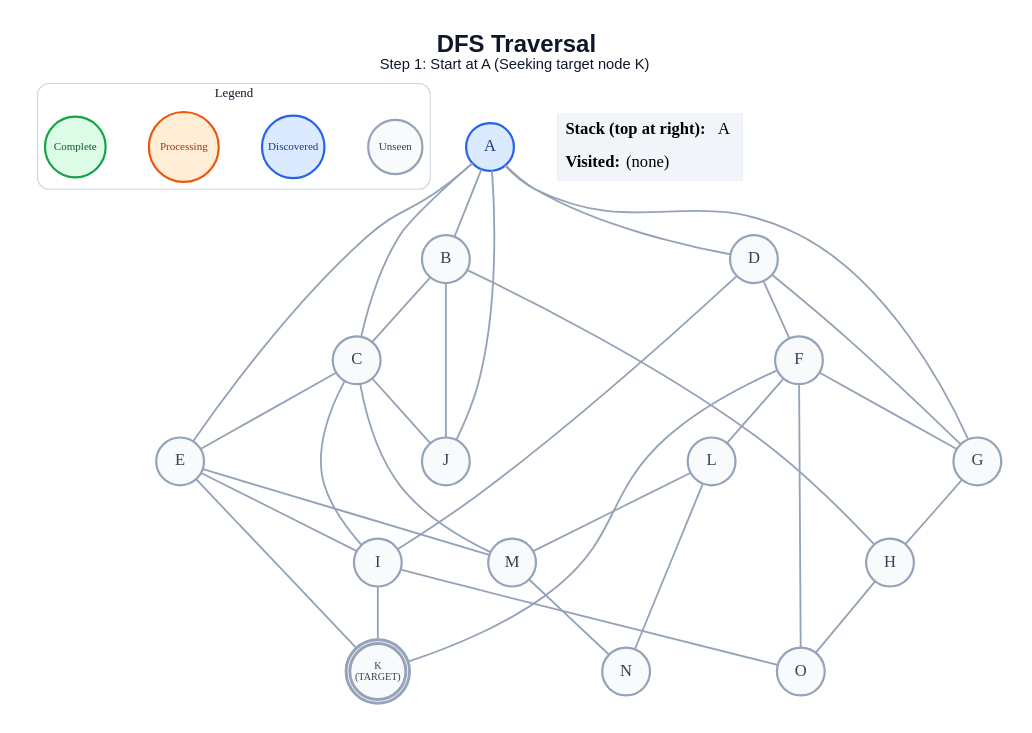
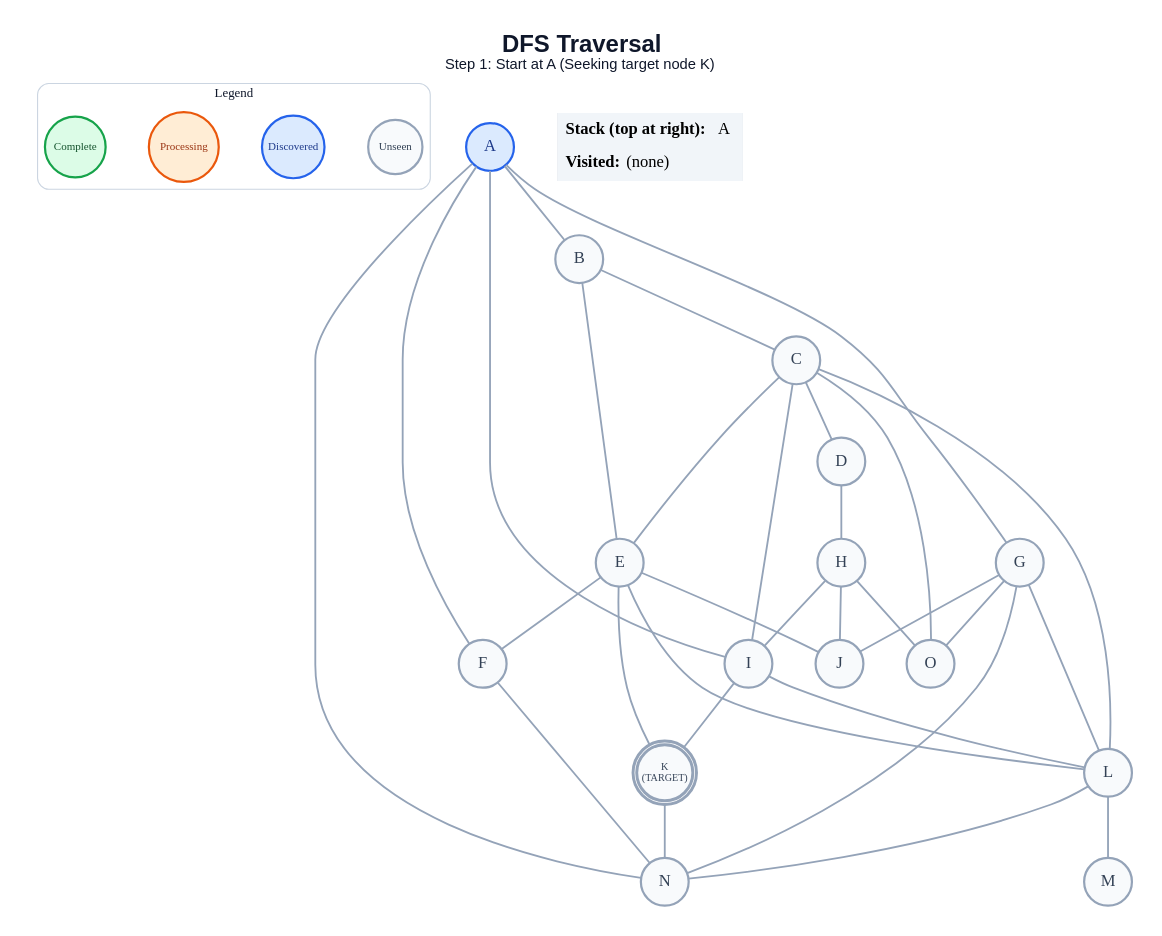
The diagram in generated/dfs/step_01.dot (anon7238593-create/ai-slop), drawn with Graphviz before and after one commit. The commit also changed 291 other files, not shown here.

```diff
--- a/generated/dfs/step_01.dot
+++ b/generated/dfs/step_01.dot
@@ -1,64 +1,64 @@
 graph traversal {
   graph [layout=dot, rankdir=TB, bgcolor="#FFFFFF", pad="0.35", nodesep="0.65", ranksep="0.8", fontname="Arial"];
   node [shape=circle, style="filled", fontname="Arial Bold", fontsize=18, width=0.72, fixedsize=true, penwidth=2.4];
   edge [color="#94A3B8", penwidth=2.0];
   label=<<B>DFS Traversal</B><BR/><FONT POINT-SIZE="16">Step 1: Start at A (Seeking target node K)</FONT>>; labelloc="t"; fontsize=26; fontname="Arial"; fontcolor="#0F172A";
   subgraph cluster_legend { label="Legend"; color="#CBD5E1"; penwidth=1.2; style="rounded"; fontsize=14; fontname="Arial Bold";
     key_unseen [label="Unseen", fillcolor="#F8FAFC", color="#94A3B8", fontcolor="#334155", fontsize=12, width=0.82];
     key_frontier [label="Discovered", fillcolor="#DBEAFE", color="#2563EB", fontcolor="#1E3A8A", fontsize=12, width=0.95];
     key_current [label="Processing", fillcolor="#FFEDD5", color="#EA580C", fontcolor="#9A3412", fontsize=12, width=1.05];
     key_done [label="Complete", fillcolor="#DCFCE7", color="#16A34A", fontcolor="#14532D", fontsize=12, width=0.92];
     { rank=same; key_unseen; key_frontier; key_current; key_done; }
   }
   A [label="A", fillcolor="#DBEAFE", color="#2563EB", fontcolor="#1E3A8A", peripheries=1, penwidth=2.4];
   B [label="B", fillcolor="#F8FAFC", color="#94A3B8", fontcolor="#334155", peripheries=1, penwidth=2.4];
   C [label="C", fillcolor="#F8FAFC", color="#94A3B8", fontcolor="#334155", peripheries=1, penwidth=2.4];
   D [label="D", fillcolor="#F8FAFC", color="#94A3B8", fontcolor="#334155", peripheries=1, penwidth=2.4];
   E [label="E", fillcolor="#F8FAFC", color="#94A3B8", fontcolor="#334155", peripheries=1, penwidth=2.4];
   F [label="F", fillcolor="#F8FAFC", color="#94A3B8", fontcolor="#334155", peripheries=1, penwidth=2.4];
   G [label="G", fillcolor="#F8FAFC", color="#94A3B8", fontcolor="#334155", peripheries=1, penwidth=2.4];
   H [label="H", fillcolor="#F8FAFC", color="#94A3B8", fontcolor="#334155", peripheries=1, penwidth=2.4];
   I [label="I", fillcolor="#F8FAFC", color="#94A3B8", fontcolor="#334155", peripheries=1, penwidth=2.4];
   J [label="J", fillcolor="#F8FAFC", color="#94A3B8", fontcolor="#334155", peripheries=1, penwidth=2.4];
   K [label="K\n(TARGET)", fillcolor="#F8FAFC", color="#94A3B8", fontcolor="#334155", peripheries=2, penwidth=3.2, fontsize=11, width=0.85, height=0.85];
   L [label="L", fillcolor="#F8FAFC", color="#94A3B8", fontcolor="#334155", peripheries=1, penwidth=2.4];
   M [label="M", fillcolor="#F8FAFC", color="#94A3B8", fontcolor="#334155", peripheries=1, penwidth=2.4];
   N [label="N", fillcolor="#F8FAFC", color="#94A3B8", fontcolor="#334155", peripheries=1, penwidth=2.4];
   O [label="O", fillcolor="#F8FAFC", color="#94A3B8", fontcolor="#334155", peripheries=1, penwidth=2.4];
   A -- B;
-  A -- C;
-  A -- D;
-  A -- E;
+  A -- F;
   A -- G;
-  A -- J;
+  A -- I;
+  A -- N;
   B -- C;
-  B -- H;
-  B -- J;
+  B -- E;
+  C -- D;
   C -- E;
   C -- I;
-  C -- J;
-  C -- M;
-  D -- F;
-  D -- G;
-  D -- I;
-  E -- I;
+  C -- L;
+  C -- O;
+  D -- H;
+  E -- F;
+  E -- J;
   E -- K;
-  E -- M;
-  F -- G;
-  F -- K;
-  F -- L;
-  F -- O;
-  G -- H;
+  E -- L;
+  F -- N;
+  G -- J;
+  G -- L;
+  G -- N;
+  G -- O;
+  H -- I;
+  H -- J;
   H -- O;
   I -- K;
-  I -- O;
+  I -- L;
+  K -- N;
   L -- M;
   L -- N;
-  M -- N;
   status [shape=plain, fixedsize=false, width=0, height=0, margin=0, label=<
     <TABLE BORDER="0" CELLBORDER="0" CELLPADDING="7" BGCOLOR="#F1F5F9">
       <TR><TD ALIGN="LEFT"><B>Stack (top at right):</B> A</TD></TR>
       <TR><TD ALIGN="LEFT"><B>Visited:</B> (none)</TD></TR>
     </TABLE>
   >];
 }
```
